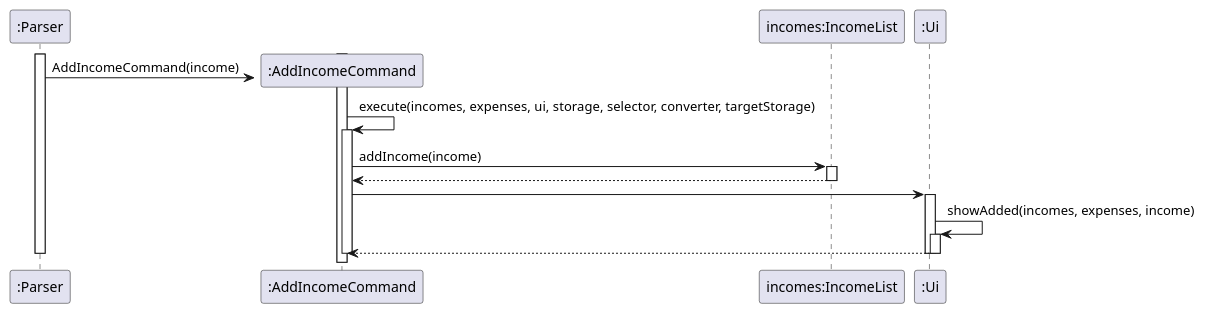
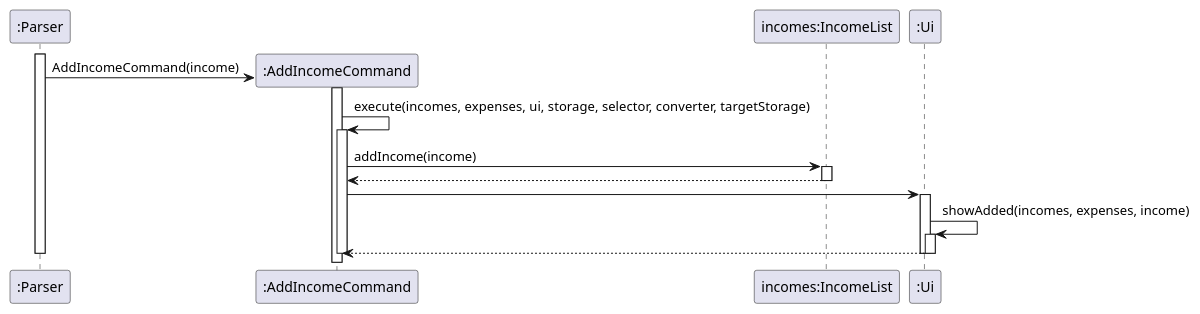
Before and after one commit to nus-cs2113-AY2223S2/tp: the diagram in docs/diagrams/AddIncomeCommand_Sequence_Diagram.puml, drawn with PlantUML. The commit also changed 1 other file, not shown here.

Commit message:
clean up uml diagrams for add income and list expense

```diff
--- a/docs/diagrams/AddIncomeCommand_Sequence_Diagram.puml
+++ b/docs/diagrams/AddIncomeCommand_Sequence_Diagram.puml
@@ -1,33 +1,34 @@
 @startuml
 participant ":Parser" as Parser
 participant ":AddIncomeCommand" as AddIncomeCommand
 participant "incomes:IncomeList" as IncomeList
 participant ":Ui" as Ui
 
 activate Parser
 create AddIncomeCommand
+Parser -> AddIncomeCommand : AddIncomeCommand(income)
+
 activate AddIncomeCommand
-Parser -> AddIncomeCommand : AddIncomeCommand(income)
 AddIncomeCommand -> AddIncomeCommand : execute(incomes, expenses, ui, storage, selector, converter, targetStorage)
 
 activate AddIncomeCommand
 AddIncomeCommand -> IncomeList : addIncome(income)
 
 activate IncomeList
 IncomeList --> AddIncomeCommand
 deactivate IncomeList
 
 AddIncomeCommand -> Ui
 
 activate Ui
 Ui -> Ui : showAdded(incomes, expenses, income)
 activate Ui
 Ui --> AddIncomeCommand
 deactivate Ui
 
 deactivate AddIncomeCommand
 deactivate IncomeList
 deactivate Parser
 deactivate Ui
 
 @enduml
```
